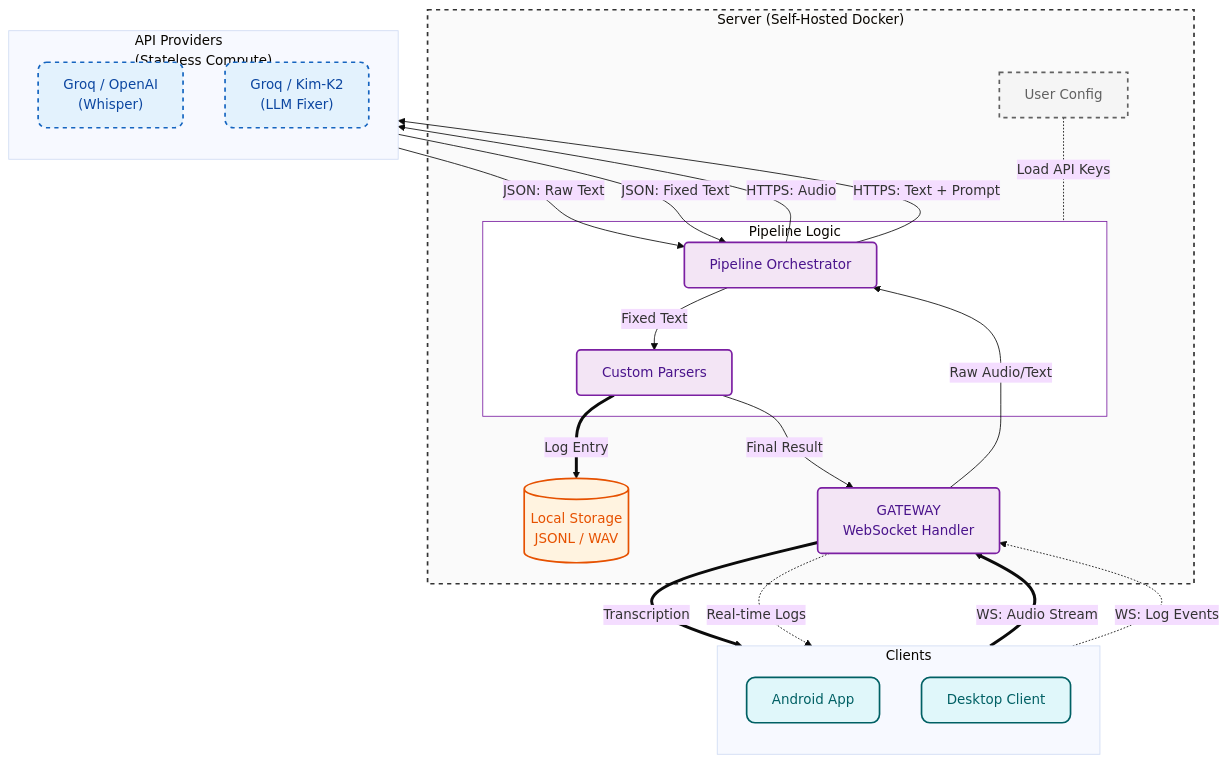
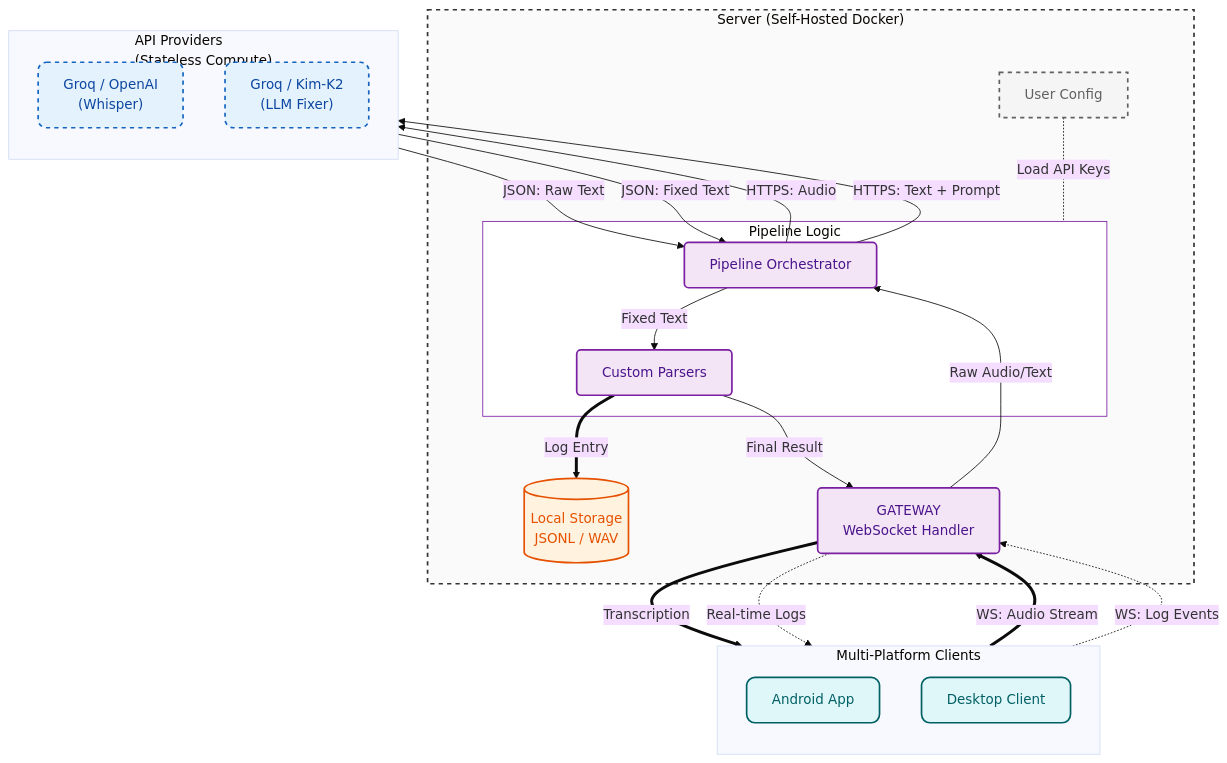
The diagram in README.md (SentimentalK/Reliquary), drawn with Mermaid (base theme) before and after one commit. The commit also changed other lines of this file and 3 other files, not shown here.

````diff
--- a/README.md
+++ b/README.md
@@ -161,63 +178,63 @@
 ```mermaid
 flowchart TB
     %% --- Styles ---
     classDef clientStyle fill:#e0f7fa,stroke:#006064,stroke-width:2px,rx:10,ry:10,color:#006064
     classDef processStyle fill:#f3e5f5,stroke:#7b1fa2,stroke-width:2px,rx:5,ry:5,color:#4a148c
     classDef storageStyle fill:#fff3e0,stroke:#e65100,stroke-width:2px,rx:0,ry:0,shape:cylinder,color:#e65100
     classDef configStyle fill:#f5f5f5,stroke:#616161,stroke-width:2px,stroke-dasharray: 5 5,color:#616161
     classDef cloudStyle fill:#e3f2fd,stroke:#1565c0,stroke-width:2px,stroke-dasharray: 5 5,rx:10,ry:10,color:#0d47a1
 
     %% --- Structure ---
-    subgraph Clients ["Clients"]
+    subgraph Clients ["Multi-Platform Clients"]
         direction TB
         ClientA["Android App"]:::clientStyle
         ClientB["Desktop Client"]:::clientStyle
     end
 
     subgraph Server ["Server (Self-Hosted Docker)"]
         style Server fill:#fafafa,stroke:#333,stroke-width:2px,stroke-dasharray: 5 5
         
         API["GATEWAY <br> WebSocket Handler"]:::processStyle
         Storage[("Local Storage <br> JSONL / WAV")]:::storageStyle
         Config["User Config"]:::configStyle
 
         subgraph Pipeline ["Pipeline Logic"]
             style Pipeline fill:#fff,stroke:#7b1fa2,stroke-width:1px
             Orchestrator["Pipeline Orchestrator"]:::processStyle
             Parser["Custom Parsers"]:::processStyle
         end
     end
 
     subgraph Cloud ["API Providers <br>(Stateless Compute)"]
         direction TB
         GroqSTT["Groq / OpenAI <br> (Whisper)"]:::cloudStyle
         GroqLLM["Groq / Kim-K2 <br> (LLM Fixer)"]:::cloudStyle
     end
 
-    %% --- Connections ---
+    %% --- Data Flow ---
     %% 1. Client -> Gateway
     ClientA == "WS: Audio Stream" ==> API
     ClientA -. "WS: Log Events" .-> API
     
     %% 2. Gateway -> Orchestrator
     API -- "Raw Audio/Text" --> Orchestrator
     
     %% 3. Orchestrator -> External APIs
     Orchestrator -- "HTTPS: Audio" --> GroqSTT
     GroqSTT -- "JSON: Raw Text" --> Orchestrator
     
     Orchestrator -- "HTTPS: Text + Prompt" --> GroqLLM
     GroqLLM -- "JSON: Fixed Text" --> Orchestrator
     
     %% 4. Orchestrator -> Storage & Parser
     Orchestrator -- "Fixed Text" --> Parser
     Parser == "Log Entry" ==> Storage
     
-    %% 5. Feedback to Client
+    %% 5. Feedback Loop
     Parser -- "Final Result" --> API
     API == "Transcription" ==> ClientA
     API -. "Real-time Logs" .-> ClientA
     
-    %% Config
+    %% Configuration
     Config -. "Load API Keys" .- Pipeline
 ```
````
